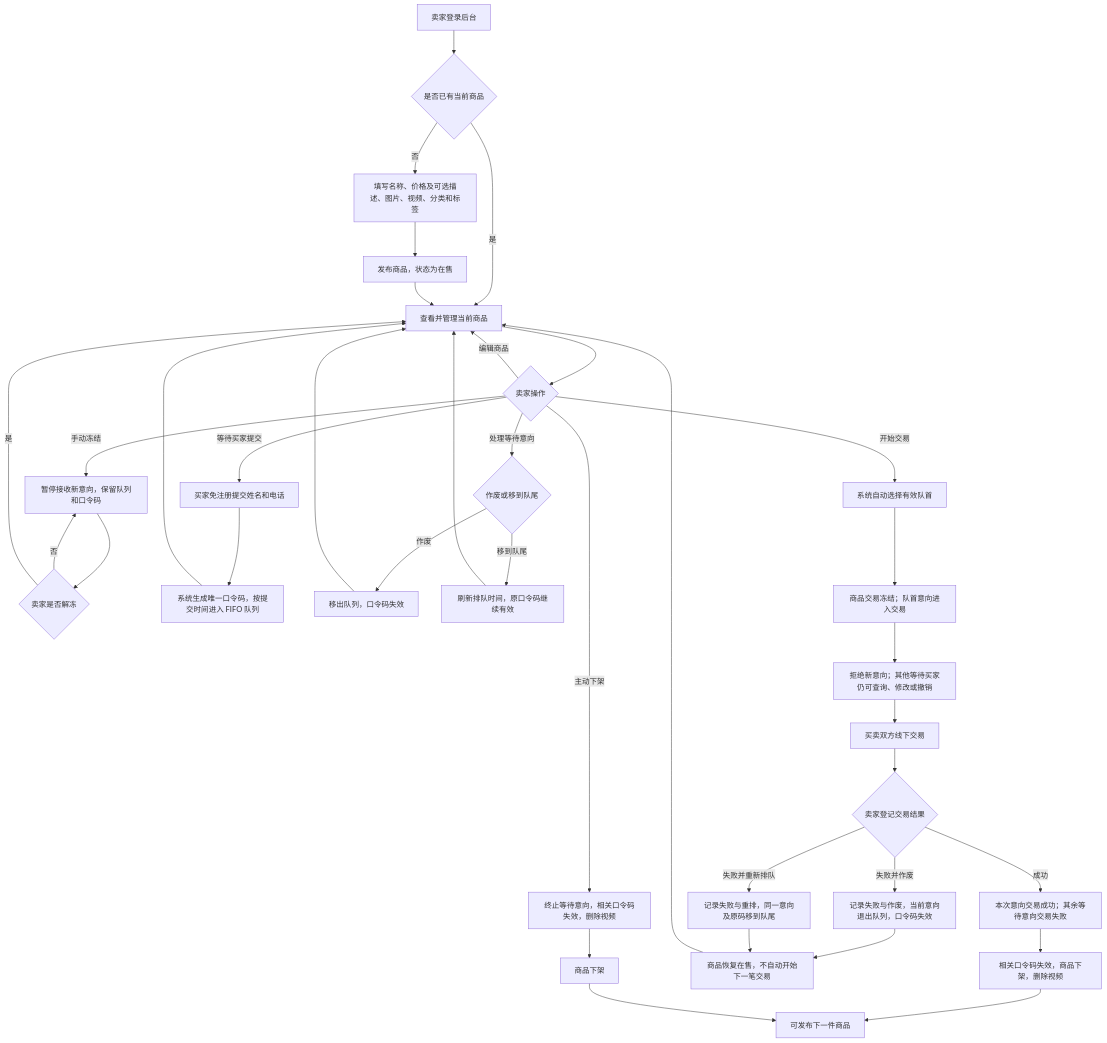
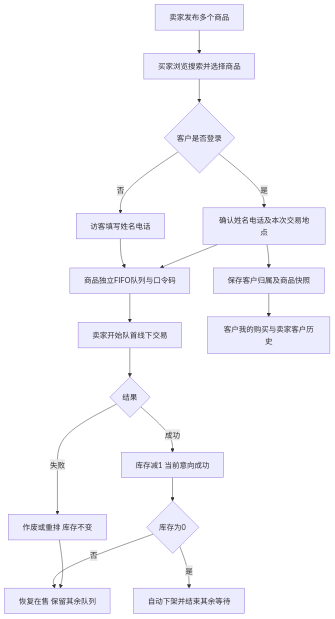
Before and after one commit to casf73/Software-Engineering-Practice: the first of 4 diagrams in process-and-state-diagrams/业务流程图.md, drawn with Mermaid. The commit also changed other lines of this file and 1423 other files, not shown here.

````diff
--- a/process-and-state-diagrams/业务流程图.md
+++ b/process-and-state-diagrams/业务流程图.md
@@ -7,38 +7,19 @@
 ```mermaid
 flowchart TD
-    A[卖家登录后台] --> B{是否已有当前商品}
-    B -- 否 --> C[填写名称、价格及可选描述、图片、视频、分类和标签]
-    C --> D[发布商品，状态为在售]
-    B -- 是 --> E[查看并管理当前商品]
-    D --> E
-    E --> F{卖家操作}
-    F -- 编辑商品 --> E
-    F -- 手动冻结 --> G[暂停接收新意向，保留队列和口令码]
-    G --> H{卖家是否解冻}
-    H -- 否 --> G
-    H -- 是 --> E
-    F -- 等待买家提交 --> I[买家免注册提交姓名和电话]
-    I --> J[系统生成唯一口令码，按提交时间进入 FIFO 队列]
-    J --> E
-    F -- 处理等待意向 --> K{作废或移到队尾}
-    K -- 作废 --> L[移出队列，口令码失效]
-    K -- 移到队尾 --> M[刷新排队时间，原口令码继续有效]
-    L --> E
-    M --> E
-    F -- 开始交易 --> N[系统自动选择有效队首]
-    N --> O[商品交易冻结；队首意向进入交易]
-    O --> P[拒绝新意向；其他等待买家仍可查询、修改或撤销]
-    P --> Q[买卖双方线下交易]
-    Q --> R{卖家登记交易结果}
-    R -- 成功 --> S[本次意向交易成功；其余等待意向交易失败]
-    S --> T[相关口令码失效，商品下架，删除视频]
-    R -- 失败并作废 --> U[记录失败与作废，当前意向退出队列，口令码失效]
-    R -- 失败并重新排队 --> V[记录失败与重排，同一意向及原码移到队尾]
-    U --> W[商品恢复在售，不自动开始下一笔交易]
-    V --> W
-    W --> E
-    F -- 主动下架 --> X[终止等待意向，相关口令码失效，删除视频]
-    X --> Y[商品下架]
-    T --> Z[可发布下一件商品]
-    Y --> Z
+ A[卖家发布多个商品] --> B[买家浏览搜索并选择商品]
+ B --> C{客户是否登录}
+ C -->|否| D[访客填写姓名电话]
+ C -->|是| E[确认姓名电话及本次交易地点]
+ D --> F[商品独立FIFO队列与口令码]
+ E --> F
+ E --> H[保存客户归属及商品快照]
+ F --> G[卖家开始队首线下交易]
+ G --> I{结果}
+ I -->|失败| J[作废或重排 库存不变]
+ I -->|成功| K[库存减1 当前意向成功]
+ K --> L{库存为0}
+ L -->|是| M[自动下架并结束其余等待]
+ L -->|否| N[恢复在售 保留其余队列]
+ J --> N
+ H --> O[客户我的购买与卖家客户历史]
 ```
````
